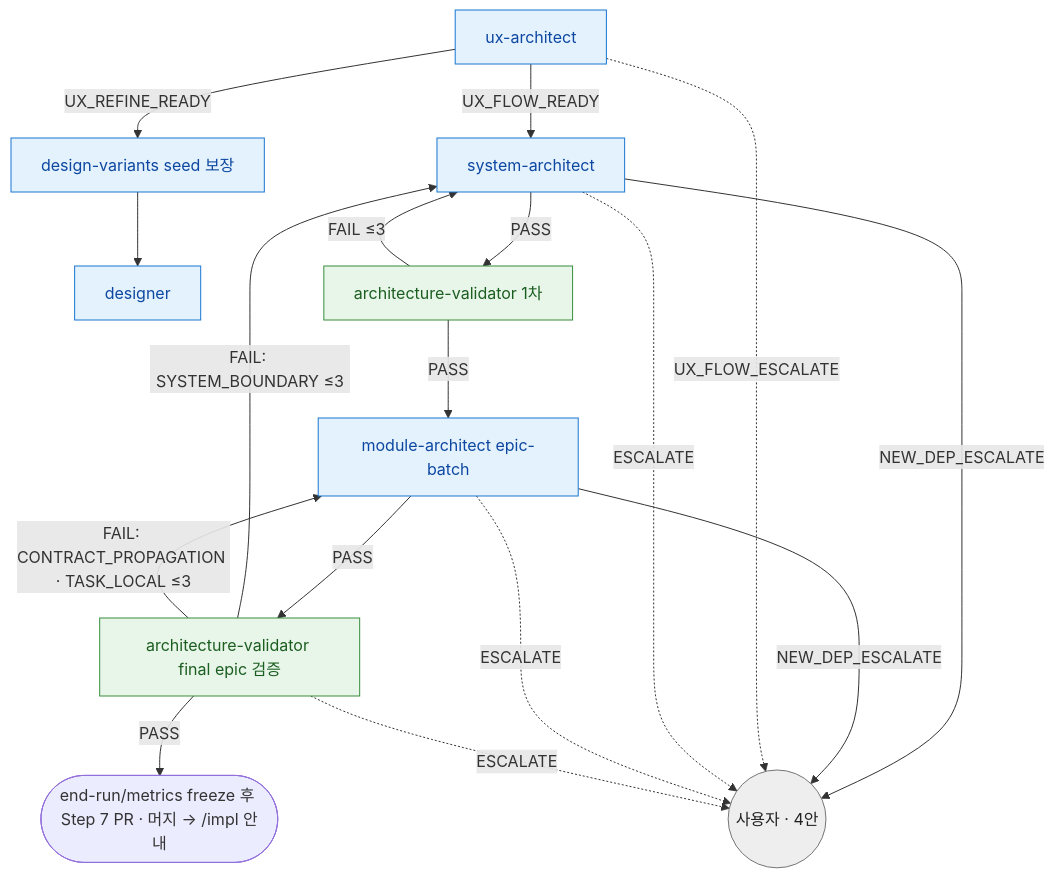
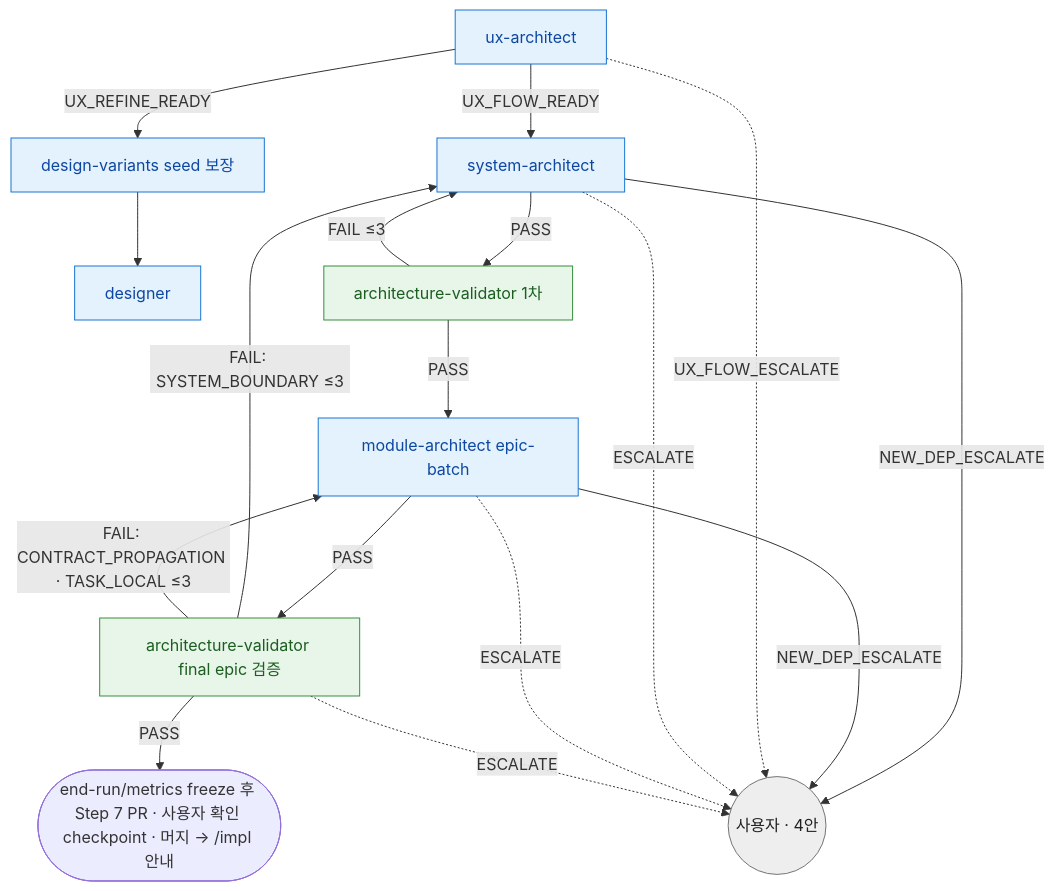
One commit to Daeguk-Sun/dcNess changed the diagram in skills/design/design-routing.md. Above: the diagram before and after it, drawn with Mermaid. The commit also changed other lines of this file and 13 other files, not shown here.

````diff
--- a/skills/design/design-routing.md
+++ b/skills/design/design-routing.md
@@ -15,26 +15,26 @@
 ```mermaid
 flowchart TB
   UX[ux-architect] -->|UX_FLOW_READY| SA[system-architect]
   UX -->|UX_REFINE_READY| SEED[design-variants seed 보장]
   SEED --> DS[designer]
   SA -->|PASS| AV1[architecture-validator 1차]
   AV1 -->|PASS| MA_BATCH[module-architect epic-batch]
   MA_BATCH -->|PASS| AV_FINAL[architecture-validator final epic 검증]
-  AV_FINAL -->|PASS| M([end-run/metrics freeze 후 Step 7 PR · 머지 → /impl 안내])
+  AV_FINAL -->|PASS| M([end-run/metrics freeze 후 Step 7 PR · 사용자 확인 checkpoint · 머지 → /impl 안내])
   AV1 -->|FAIL ≤3| SA
   AV_FINAL -->|"FAIL: SYSTEM_BOUNDARY ≤3"| SA
   AV_FINAL -->|"FAIL: CONTRACT_PROPAGATION · TASK_LOCAL ≤3"| MA_BATCH
   SA -->|NEW_DEP_ESCALATE| U((사용자 · 4안))
   MA_BATCH -->|NEW_DEP_ESCALATE| U
   UX -.->|UX_FLOW_ESCALATE| U
   SA -.->|ESCALATE| U
   MA_BATCH -.->|ESCALATE| U
   AV_FINAL -.->|ESCALATE| U
 
   classDef produce fill:#e3f2fd,stroke:#1976d2,color:#0d47a1
   classDef verify fill:#e8f5e9,stroke:#388e3c,color:#1b5e20
   classDef user fill:#eeeeee,stroke:#757575,color:#212121
   class UX,SA,DS,MA_BATCH,SEED produce
   class AV1,AV_FINAL verify
   class U user
 ```
````
